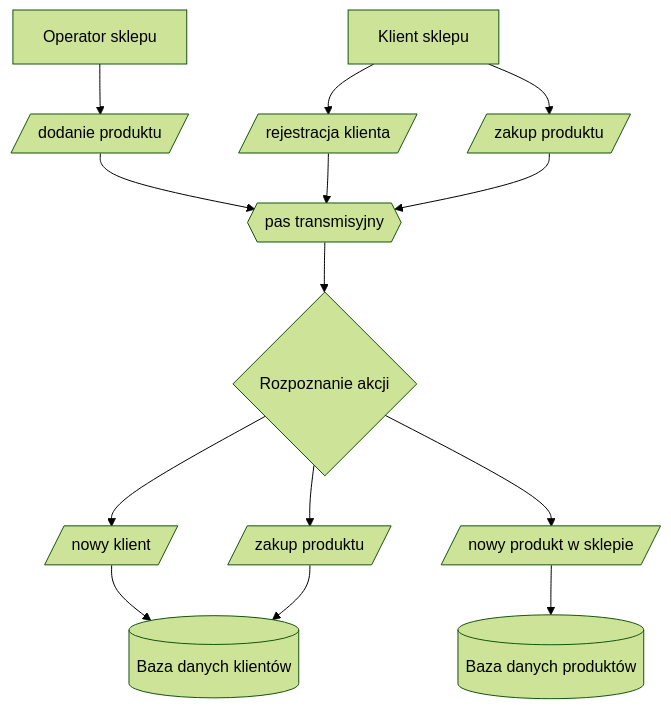
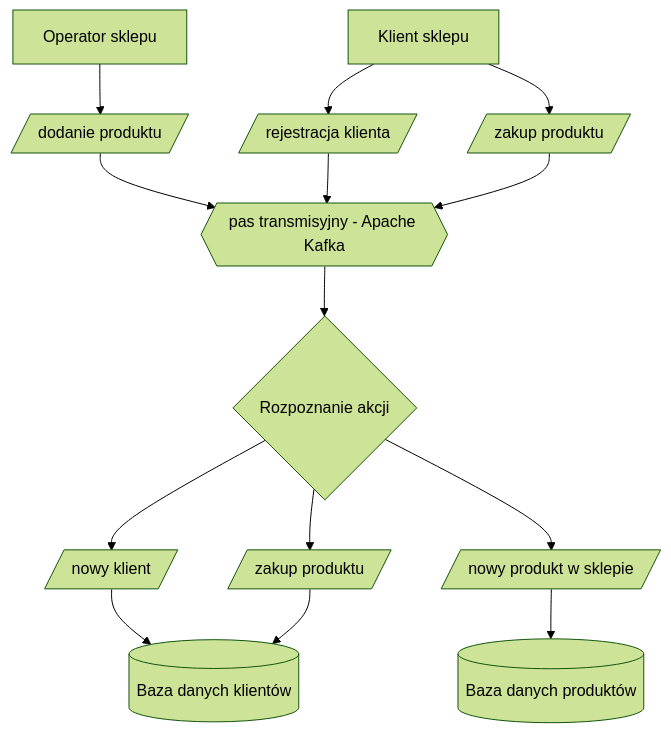
One commit to prokulski/ClientFlow changed the first of 4 diagrams in README.md. Above: the diagram before and after it, drawn with Mermaid (forest theme). The commit also changed other lines of this file, not shown here.

````diff
--- a/README.md
+++ b/README.md
@@ -17,16 +33,16 @@
 ```mermaid
 flowchart 
     Sklep[Operator sklepu] --> NowyProdukt[/dodanie produktu/];
     Klient[Klient sklepu] --> NowyKlient[/rejestracja klienta/];
     Klient --> ZakupProduktu[/zakup produktu/];
-    NowyProdukt --> Kafka{{pas transmisyjny}};
+    NowyProdukt --> Kafka{{pas transmisyjny - Apache Kafka}};
     NowyKlient --> Kafka;
     ZakupProduktu --> Kafka;
     Kafka --> Preprocesing{Rozpoznanie akcji};
     Preprocesing --> DodanieKlienta[/nowy klient/];
     Preprocesing --> DodanieProduktu[/nowy produkt w sklepie/];
     Preprocesing --> UpdateProduktu[/zakup produktu/];
     DodanieKlienta --> BazaKlient[(Baza danych klientów)];
     UpdateProduktu --> BazaKlient
     DodanieProduktu --> BazaProd[(Baza danych produktów)];
 ```
````
